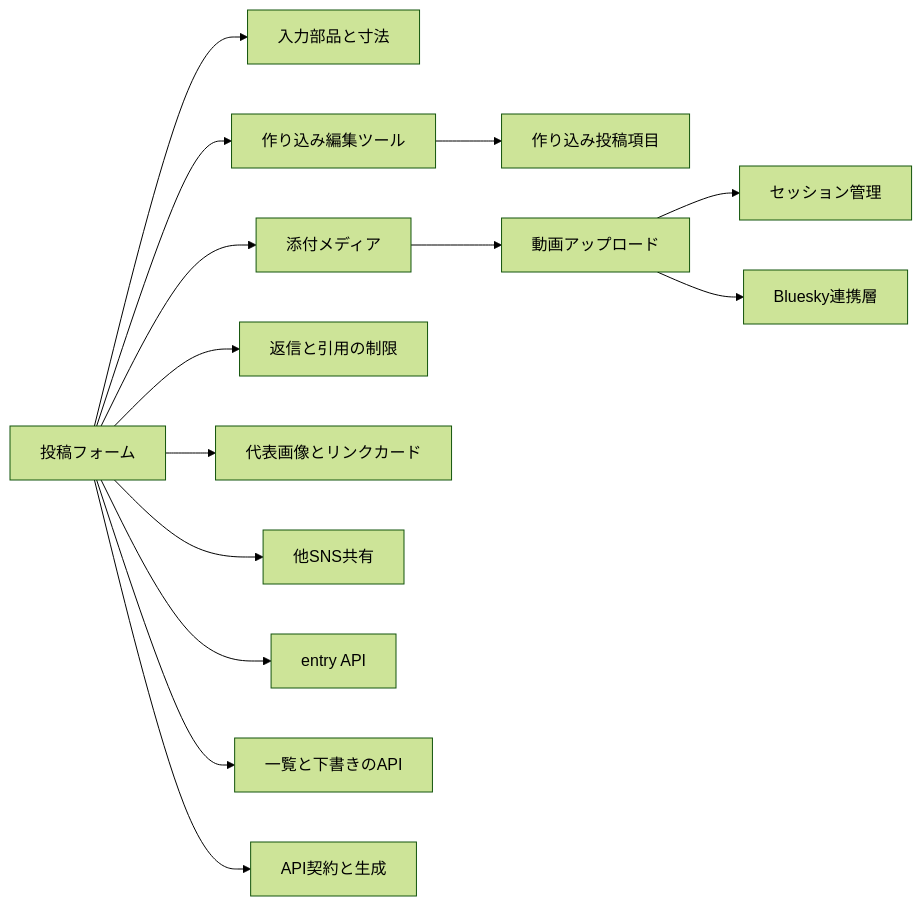
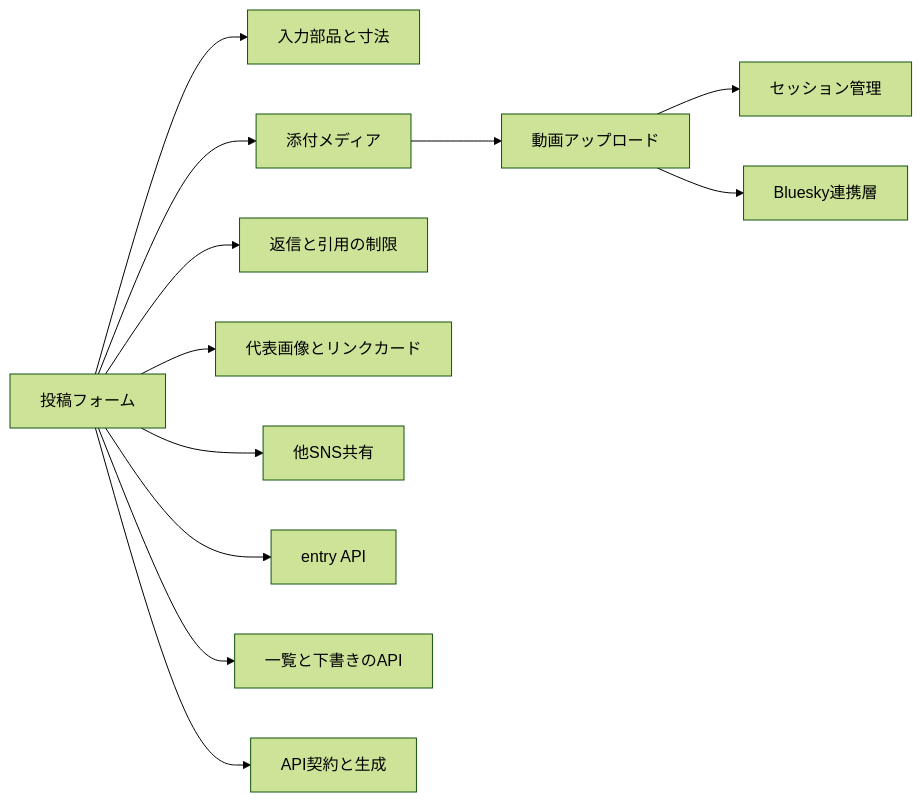
One commit to nekono-dev/skyshare changed the first of 6 diagrams in docs/architecture/compose.md. Above: the diagram before and after it, drawn with Mermaid (forest theme). The commit also changed other lines of this file and 7 other files, not shown here.

First line of the commit message:
developの変更に合わせてspecと図を整合させ、creator関連の記述を除外する

````diff
--- a/docs/architecture/compose.md
+++ b/docs/architecture/compose.md
@@ -36,16 +34,14 @@
 ```mermaid
 flowchart LR
   composer["投稿フォーム"] --> input["入力部品と寸法"]
-  composer --> tools["作り込み編集ツール"]
   composer --> media["添付メディア"]
   composer --> gate["返信と引用の制限"]
   composer --> visual["代表画像とリンクカード"]
   composer --> share["他SNS共有"]
   composer --> entryapi["entry API"]
   composer --> listapi["一覧と下書きのAPI"]
   composer --> contract["API契約と生成"]
-  tools --> fields["作り込み投稿項目"]
   media --> video["動画アップロード"]
   video --> session["セッション管理"]
   video --> atproto["Bluesky連携層"]
 ```
````
